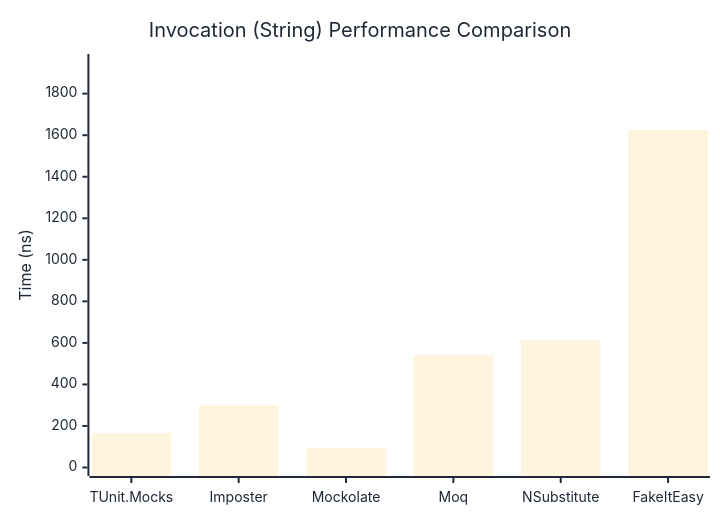
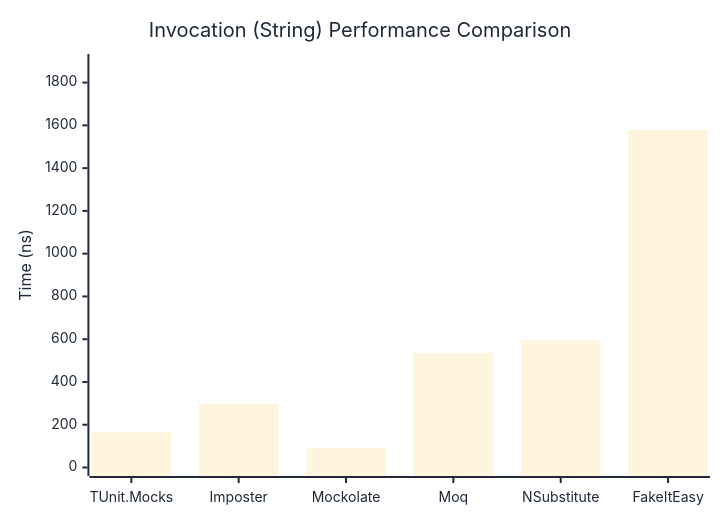
The second of 3 diagrams in docs/docs/benchmarks/mocks/Invocation.md (thomhurst/TUnit), drawn with Mermaid before and after one commit. The commit also changed other lines of this file and 14 other files, not shown here.

````diff
--- a/docs/docs/benchmarks/mocks/Invocation.md
+++ b/docs/docs/benchmarks/mocks/Invocation.md
@@ -71,27 +71,27 @@
 ```mermaid
 %%{init: {
   'theme':'base',
   'themeVariables': {
     'primaryColor': '#2563eb',
     'primaryTextColor': '#1f2937',
     'primaryBorderColor': '#1e40af',
     'lineColor': '#6b7280',
     'secondaryColor': '#7c3aed',
     'tertiaryColor': '#dc2626',
     'background': '#ffffff',
     'pie1': '#2563eb',
     'pie2': '#7c3aed',
     'pie3': '#dc2626',
     'pie4': '#f59e0b',
     'pie5': '#10b981',
     'pie6': '#06b6d4',
     'pie7': '#ec4899',
     'pie8': '#6366f1'
   }
 }}%%
 xychart-beta
   title "Invocation (String) Performance Comparison"
   x-axis ["TUnit.Mocks", "Imposter", "Mockolate", "Moq", "NSubstitute", "FakeItEasy"]
-  y-axis "Time (ns)" 0 --> 1950
-  bar [165.25, 300.99, 93.11, 540.08, 613.95, 1624.81]
+  y-axis "Time (ns)" 0 --> 1894
+  bar [164.42, 298.06, 91.17, 536.4, 595.22, 1578.21]
 ```
````
